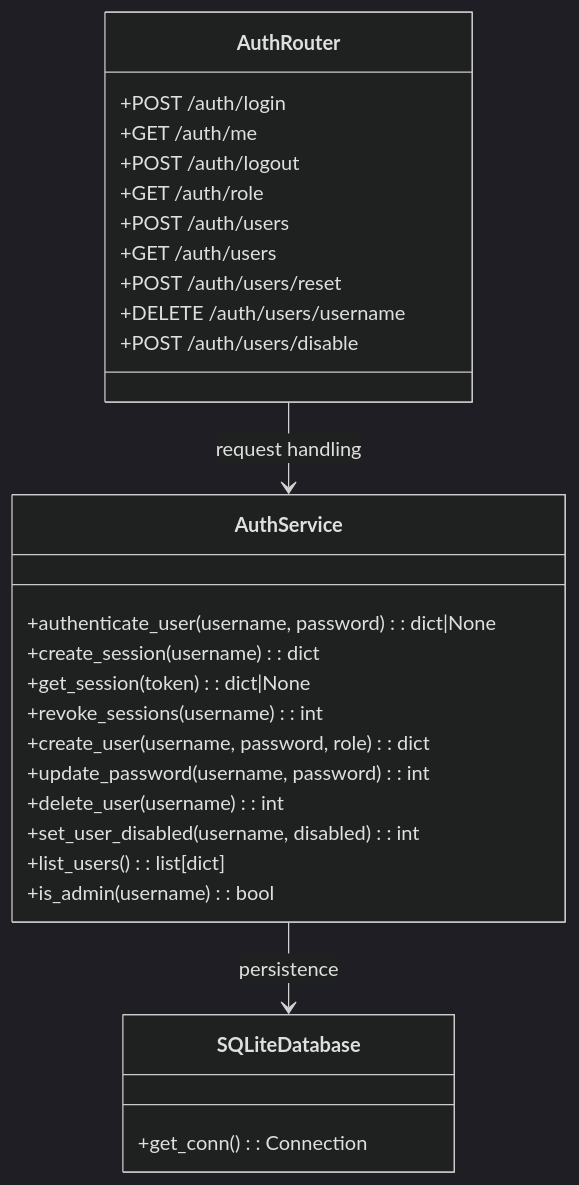
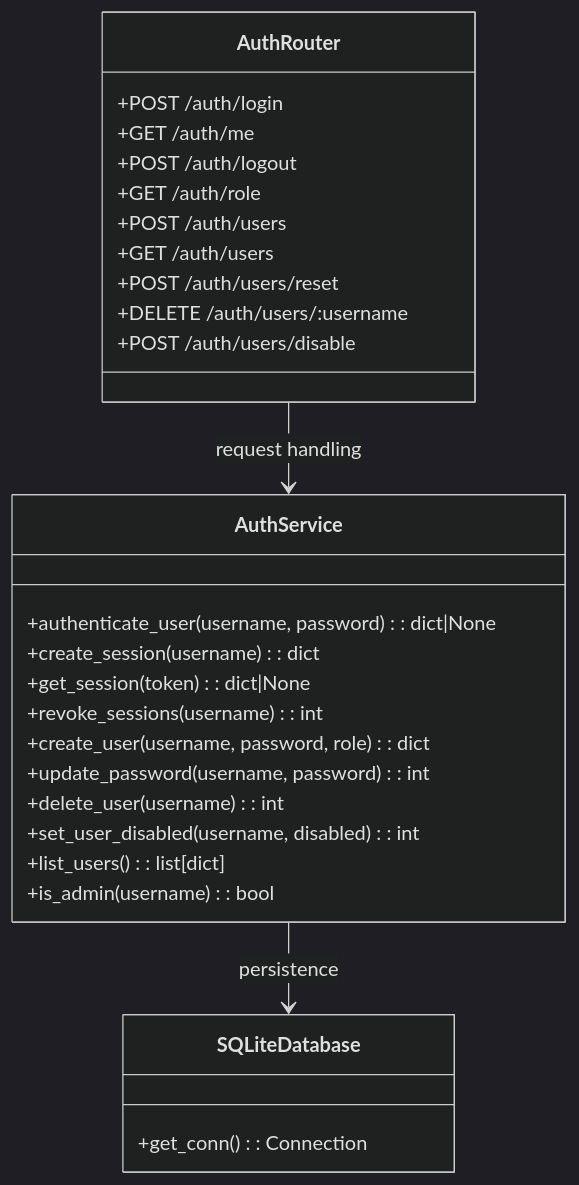
The third of 13 diagrams in docs/architecture.md (JustinMelger/Upstream), drawn with Mermaid (dark theme) before and after one commit. The commit also changed other lines of this file, not shown here.

````diff
--- a/docs/architecture.md
+++ b/docs/architecture.md
@@ -66,34 +66,34 @@
 ```mermaid
 classDiagram
   class AuthRouter {
     +POST /auth/login
     +GET /auth/me
     +POST /auth/logout
     +GET /auth/role
     +POST /auth/users
     +GET /auth/users
     +POST /auth/users/reset
-    +DELETE /auth/users/username
+    +DELETE /auth/users/:username
     +POST /auth/users/disable
   }
 
   class AuthService {
     +authenticate_user(username, password): dict|None
     +create_session(username): dict
     +get_session(token): dict|None
     +revoke_sessions(username): int
     +create_user(username, password, role): dict
     +update_password(username, password): int
     +delete_user(username): int
     +set_user_disabled(username, disabled): int
     +list_users(): list[dict]
     +is_admin(username): bool
   }
 
   class SQLiteDatabase {
     +get_conn(): Connection
   }
 
   AuthRouter --> AuthService : request handling
   AuthService --> SQLiteDatabase : persistence
 ```
````
